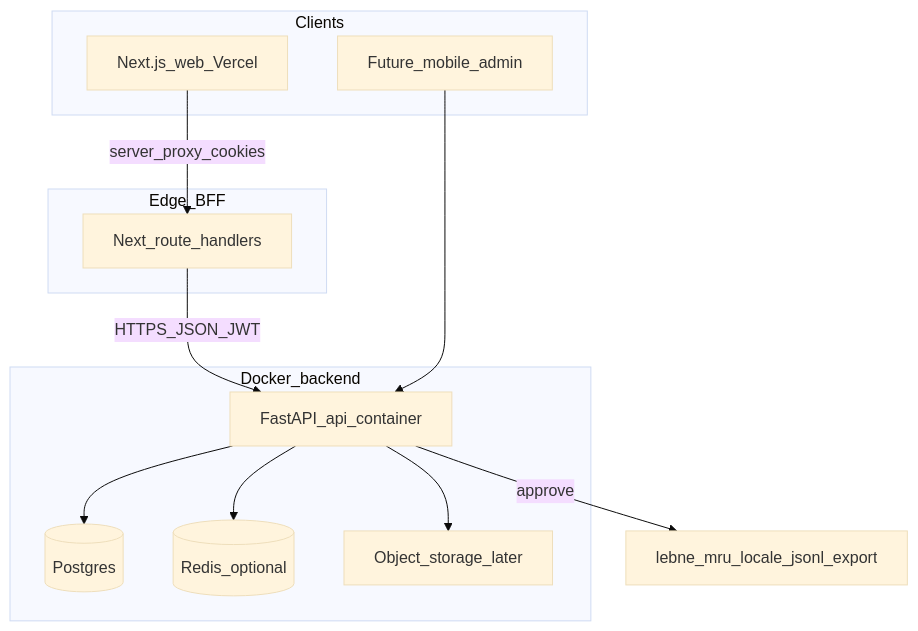
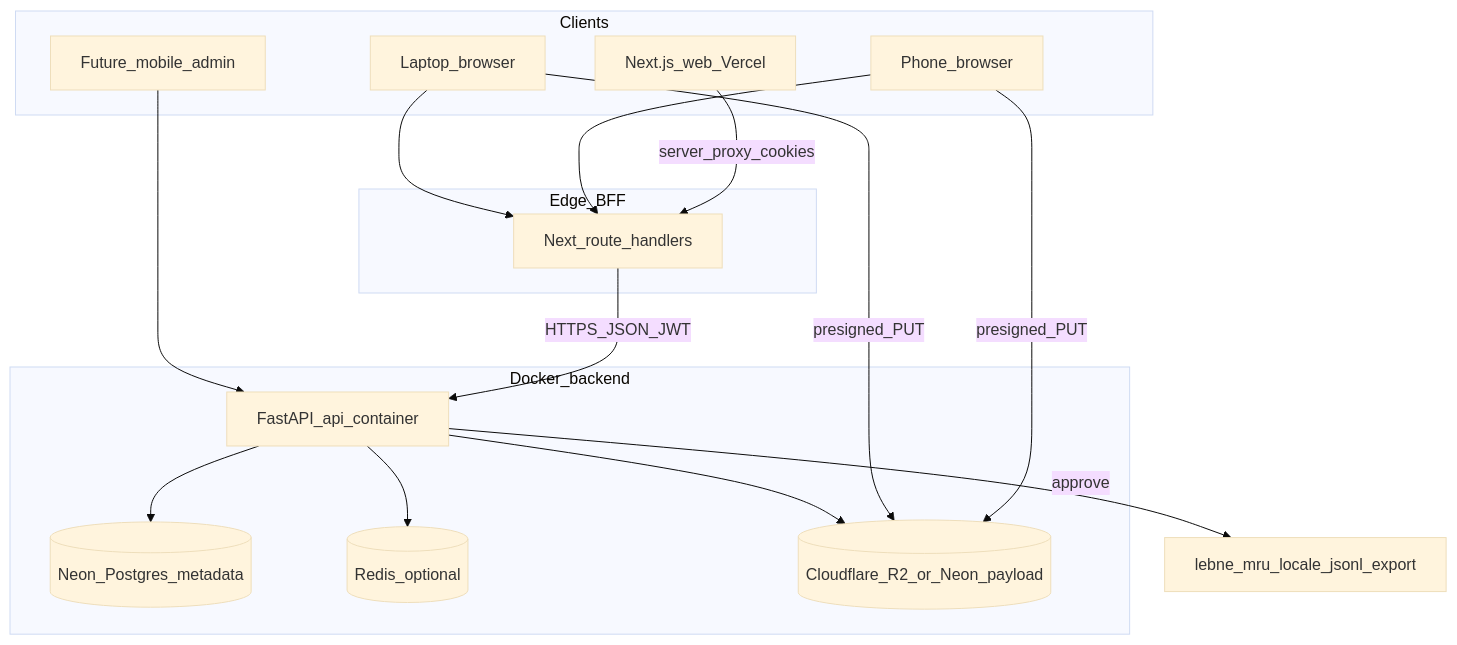
Before and after one commit to 7assen-coder/Lebne: the diagram in docs/architecture-crowd.md, drawn with Mermaid (base theme). The commit also changed other lines of this file and 26 other files, not shown here.

First line of the commit message:
feat: durable voice assets for phone, laptop, and web

````diff
--- a/docs/architecture-crowd.md
+++ b/docs/architecture-crowd.md
@@ -3,25 +3,31 @@
 ```mermaid
 flowchart TB
   subgraph clients [Clients]
     Web[Next.js_web_Vercel]
+    Phone[Phone_browser]
+    Laptop[Laptop_browser]
     Future[Future_mobile_admin]
   end
 
   subgraph edge [Edge_BFF]
     Web -->|server_proxy_cookies| BFF[Next_route_handlers]
+    Phone --> BFF
+    Laptop --> BFF
   end
 
   subgraph backend [Docker_backend]
     API[FastAPI_api_container]
-    PG[(Postgres)]
+    PG[(Neon_Postgres_metadata)]
     Redis[(Redis_optional)]
-    Media[Object_storage_later]
+    R2[(Cloudflare_R2_or_Neon_payload)]
   end
 
   BFF -->|HTTPS_JSON_JWT| API
+  Phone -->|"presigned_PUT"| R2
+  Laptop -->|"presigned_PUT"| R2
   Future --> API
   API --> PG
   API --> Redis
-  API --> Media
+  API --> R2
   API -->|approve| JSONL[lebne_mru_locale_jsonl_export]
 ```
````
